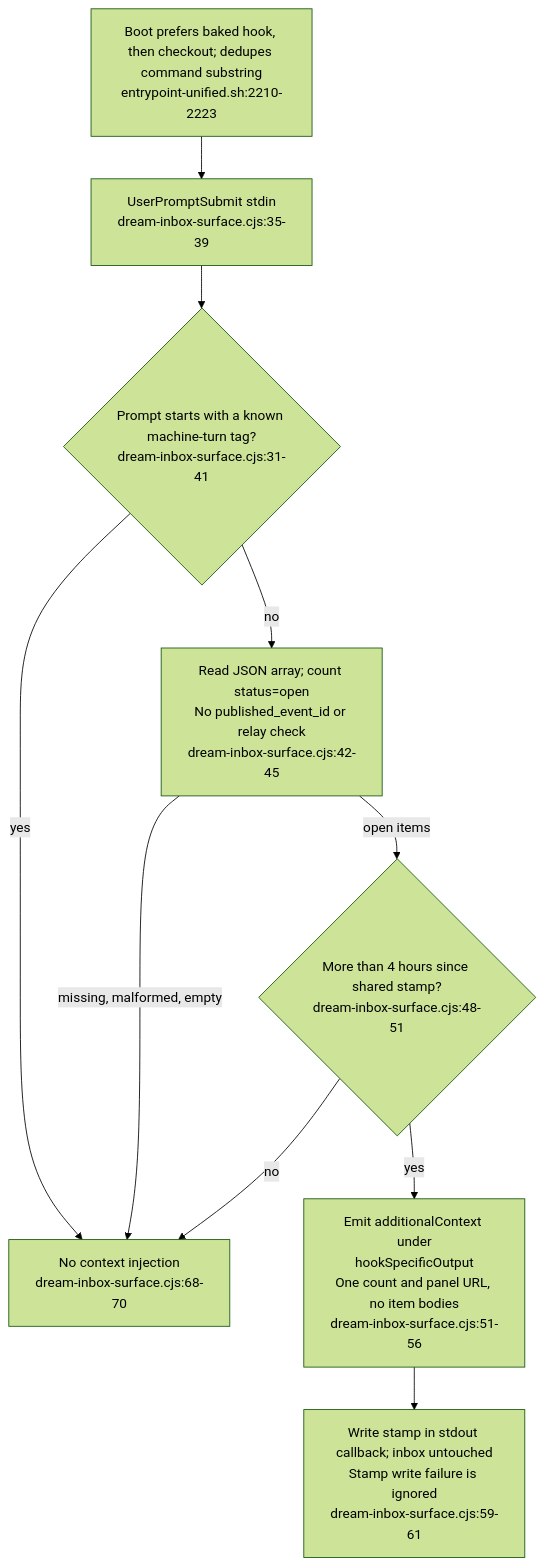
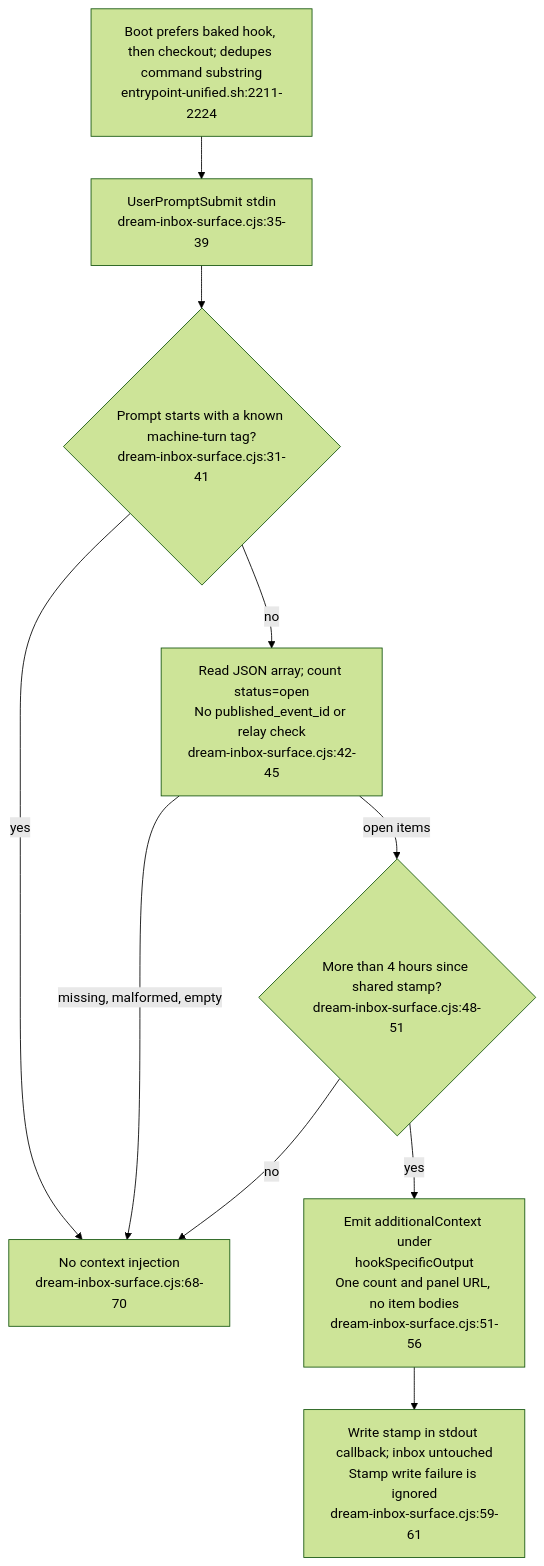
Before and after one commit to DreamLab-AI/VisionFlow: the ninth of 24 diagrams in docs/diagrams/agentbox/23-dream-engine.md, drawn with Mermaid (forest theme). The commit also changed other lines of this file and 7 other files, not shown here.

````diff
--- a/docs/diagrams/agentbox/23-dream-engine.md
+++ b/docs/diagrams/agentbox/23-dream-engine.md
@@ -338,12 +338,12 @@
 ```mermaid
 flowchart TB
-    BOOT["Boot prefers baked hook, then checkout; dedupes command substring<br/>entrypoint-unified.sh:2210-2223"] --> INPUT["UserPromptSubmit stdin<br/>dream-inbox-surface.cjs:35-39"]
+    BOOT["Boot prefers baked hook, then checkout; dedupes command substring<br/>entrypoint-unified.sh:2211-2224"] --> INPUT["UserPromptSubmit stdin<br/>dream-inbox-surface.cjs:35-39"]
     INPUT --> MACHINE{"Prompt starts with a known machine-turn tag?<br/>dream-inbox-surface.cjs:31-41"}
     MACHINE -->|yes| EXIT["No context injection<br/>dream-inbox-surface.cjs:68-70"]
     MACHINE -->|no| READ["Read JSON array; count status=open<br/>No published_event_id or relay check<br/>dream-inbox-surface.cjs:42-45"]
     READ -->|"missing, malformed, empty"| EXIT
     READ -->|"open items"| TIME{"More than 4 hours since shared stamp?<br/>dream-inbox-surface.cjs:48-51"}
     TIME -->|no| EXIT
     TIME -->|yes| OUT["Emit additionalContext under<br/>hookSpecificOutput<br/>One count and panel URL, no item bodies<br/>dream-inbox-surface.cjs:51-56"]
     OUT --> STAMP["Write stamp in stdout callback; inbox untouched<br/>Stamp write failure is ignored<br/>dream-inbox-surface.cjs:59-61"]
 ```
````
